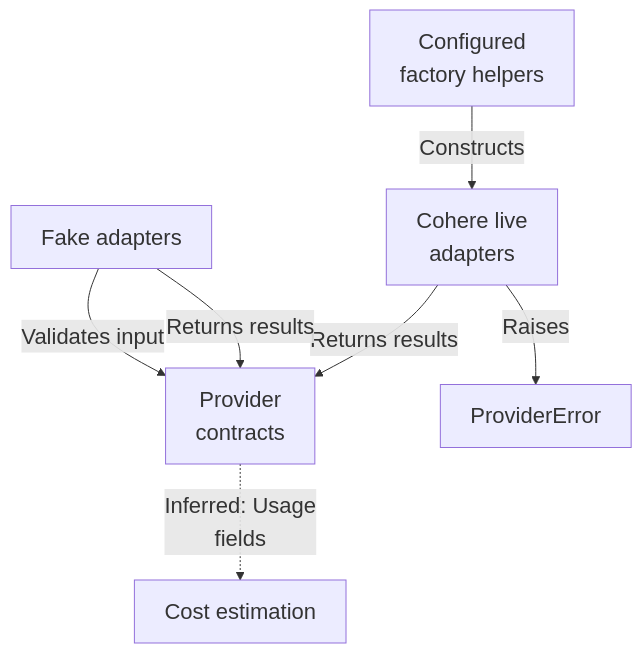
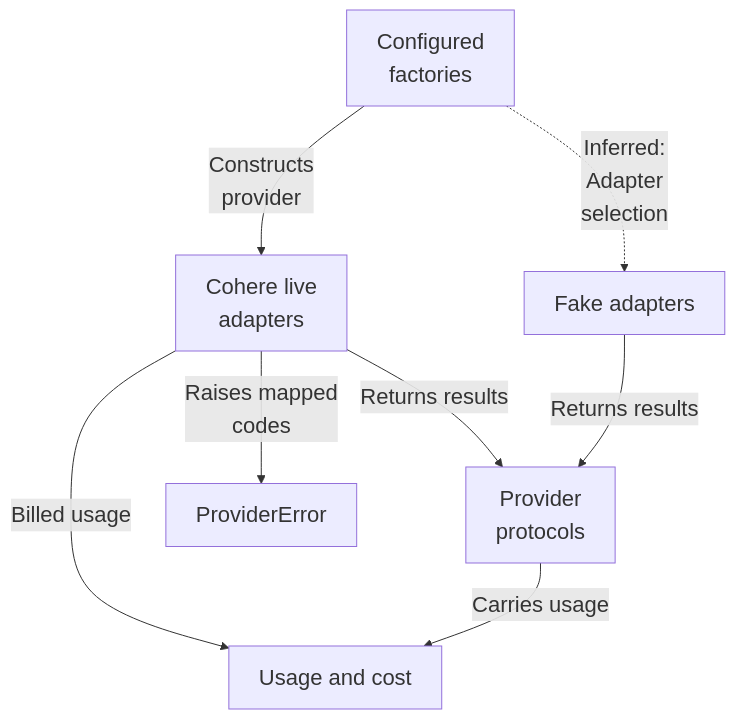
One commit to Justin-Mendoza/Afterclass changed the first of 5 diagrams in maps/answers/README.md. Above: the diagram before and after it, drawn with Mermaid. The commit also changed other lines of this file and 83 other files, not shown here.

````diff
--- a/maps/answers/README.md
+++ b/maps/answers/README.md
@@ -23,16 +23,17 @@
 ```mermaid
 %%{init: {"themeVariables": {"fontSize": "22px"}}}%%
 flowchart TD
-  n0["Configured<br/>factory helpers"]
+  n0["Configured<br/>factories"]
   n1["Cohere live<br/>adapters"]
   n2["Fake adapters"]
-  n3["Provider<br/>contracts"]
+  n3["Provider<br/>protocols"]
   n4["ProviderError"]
-  n5["Cost estimation"]
-  n0 -->|"Constructs"| n1
+  n5["Usage and cost"]
+  n0 -->|"Constructs<br/>provider"| n1
   n1 -->|"Returns results"| n3
   n2 -->|"Returns results"| n3
-  n1 -->|"Raises"| n4
-  n2 -->|"Validates input"| n3
-  n3 -.->|"Inferred: Usage<br/>fields"| n5
+  n1 -->|"Raises mapped<br/>codes"| n4
+  n1 -->|"Billed usage"| n5
+  n3 -->|"Carries usage"| n5
+  n0 -.->|"Inferred:<br/>Adapter<br/>selection"| n2
 ```
````
